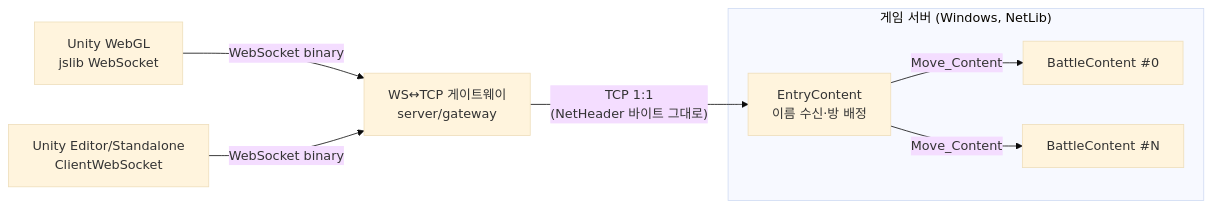
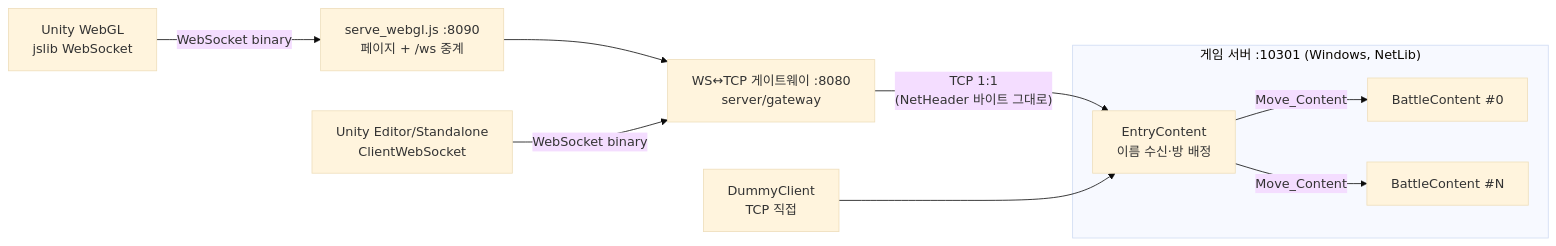
One commit to ChokeOutCho/escape_from_blockov changed the first of 4 diagrams in GAME_SPEC.md. Above: the diagram before and after it, drawn with Mermaid (base theme). The commit also changed other lines of this file and 1 other file, not shown here.

````diff
--- a/GAME_SPEC.md
+++ b/GAME_SPEC.md
@@ -59,12 +50,14 @@
 ```mermaid
 flowchart LR
-    C1[Unity WebGL<br/>jslib WebSocket] -- "WebSocket binary" --> GW
+    C1[Unity WebGL<br/>jslib WebSocket] -- "WebSocket binary" --> WEB
+    WEB[serve_webgl.js :8090<br/>페이지 + /ws 중계] --> GW
     C2[Unity Editor/Standalone<br/>ClientWebSocket] -- "WebSocket binary" --> GW
-    GW[WS↔TCP 게이트웨이<br/>server/gateway] -- "TCP 1:1<br/>(NetHeader 바이트 그대로)" --> EC
-    subgraph GS["게임 서버 (Windows, NetLib)"]
+    GW[WS↔TCP 게이트웨이 :8080<br/>server/gateway] -- "TCP 1:1<br/>(NetHeader 바이트 그대로)" --> EC
+    D[DummyClient<br/>TCP 직접] --> EC
+    subgraph GS["게임 서버 :10301 (Windows, NetLib)"]
         EC[EntryContent<br/>이름 수신·방 배정]
         B1[BattleContent #0]
         Bn[BattleContent #N]
     end
     EC -- Move_Content --> B1 & Bn
 ```
````
